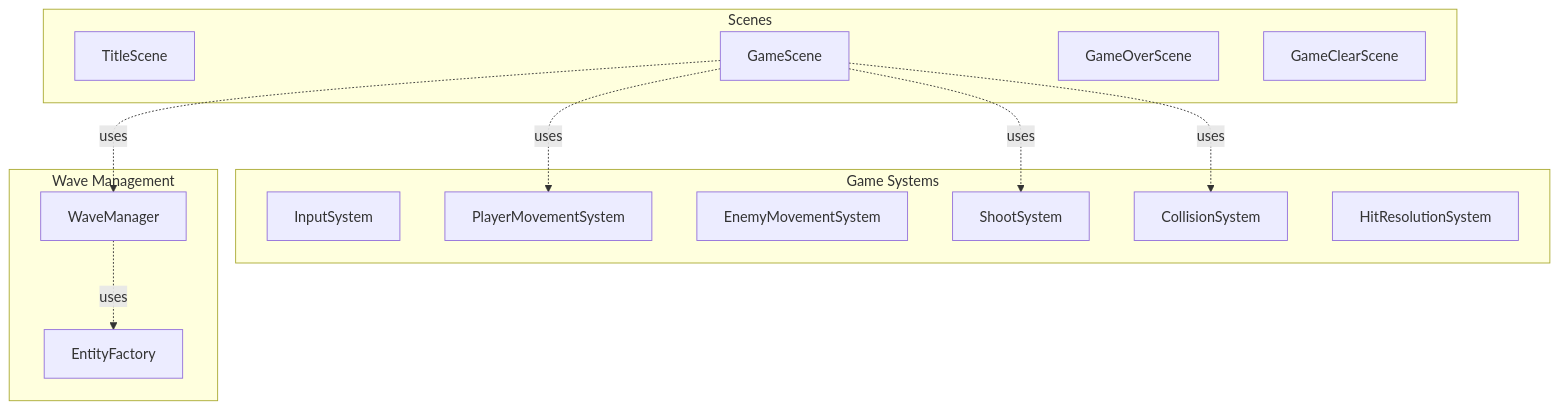
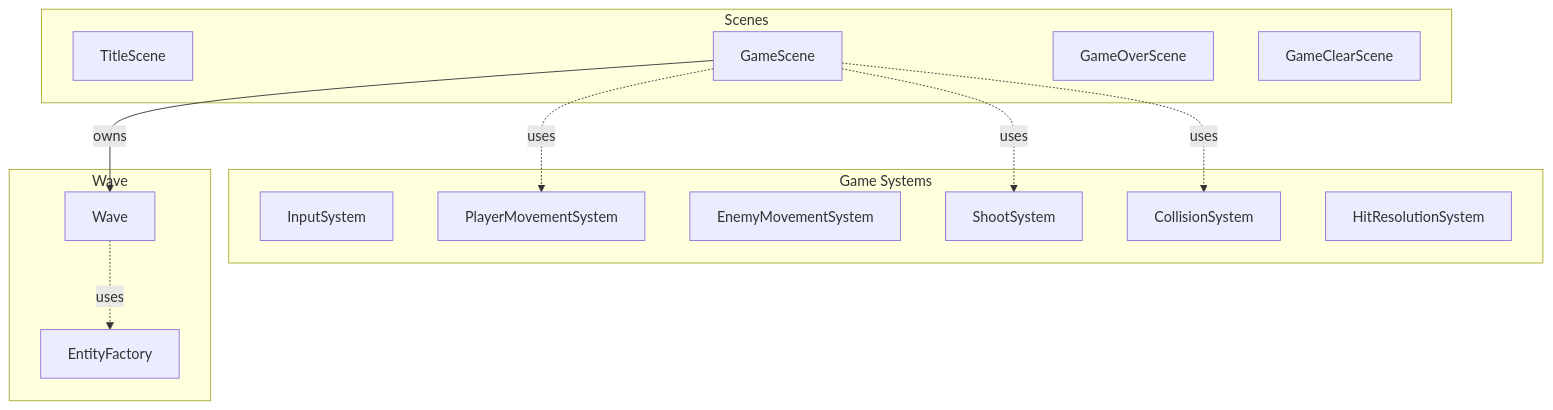
The third of 5 diagrams in docs/architecture.md (Siegward-of-Catarina/ShootingGame), drawn with Mermaid before and after one commit. The commit also changed other lines of this file, not shown here.

Commit message:
Refactor Wave Management in architecture diagram
Updated the architecture diagram to reflect changes in wave management.

````diff
--- a/docs/architecture.md
+++ b/docs/architecture.md
@@ -101,30 +101,31 @@
 ```mermaid
 graph TB
     subgraph "Scenes"
         TS[TitleScene]
         GS[GameScene]
         GOS[GameOverScene]
         GCS[GameClearScene]
     end
     
     subgraph "Game Systems"
         IS[InputSystem]
         PMS[PlayerMovementSystem]
         EMS[EnemyMovementSystem]
         SS[ShootSystem]
         CS[CollisionSystem]
         HRS[HitResolutionSystem]
     end
     
-    subgraph "Wave Management"
-        WM[WaveManager]
+    subgraph "Wave"
+        WV[Wave]
         EF[EntityFactory]
     end
     
-    GS -.uses.-> WM
+    GS -->|owns| WV
+
     GS -.uses.-> PMS
     GS -.uses.-> SS
     GS -.uses.-> CS
     
-    WM -.uses.-> EF
+    WV -.uses.-> EF
 ```
````
